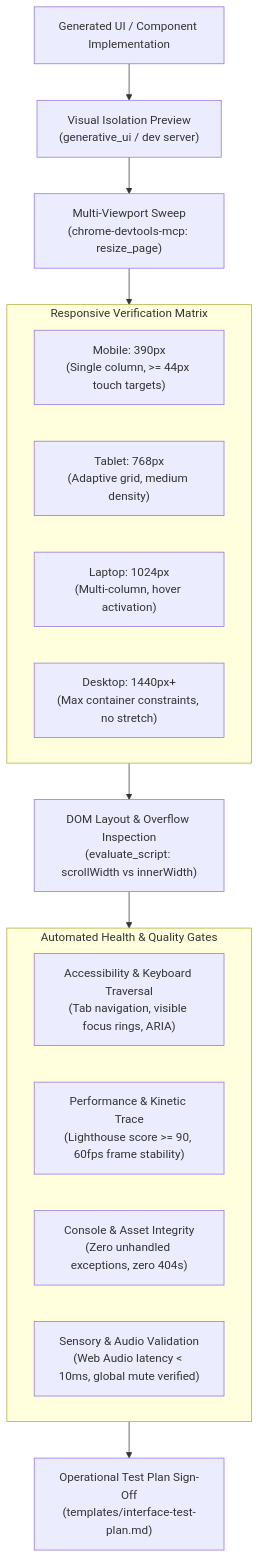
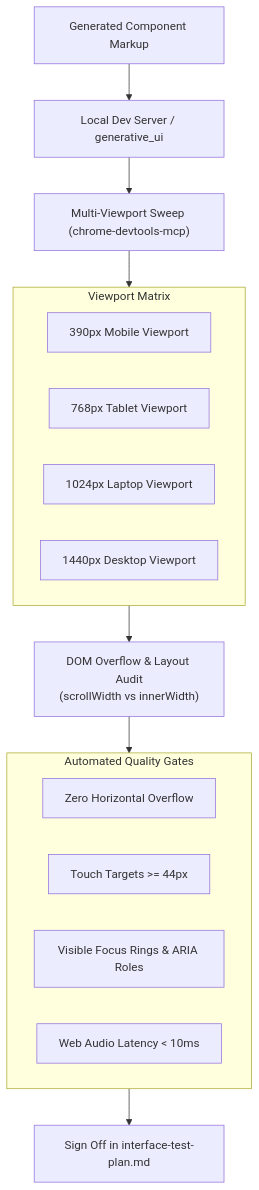
One commit to Erebuzzz/pixasso changed the fifth of 5 diagrams in README.md. Above: the diagram before and after it, drawn with Mermaid. The commit also changed other lines of this file and 97 other files, not shown here.

Commit message:
feat: complete end-to-end frontend orchestrator, mcp server, showcase site, and multi-platform installer

````diff
--- a/README.md
+++ b/README.md
@@ -278,25 +374,25 @@
 ```mermaid
 flowchart TD
-    Build["Generated UI / Component Implementation"] --> Preview["Visual Isolation Preview<br/>(generative_ui / dev server)"]
-    Preview --> ViewportSuite["Multi-Viewport Sweep<br/>(chrome-devtools-mcp: resize_page)"]
+    Code["Generated Component Markup"] --> DevServer["Local Dev Server / generative_ui"]
+    DevServer --> Resizer["Multi-Viewport Sweep (chrome-devtools-mcp)"]
 
-    subgraph Viewports ["Responsive Verification Matrix"]
-        Mobile["Mobile: 390px<br/>(Single column, >= 44px touch targets)"]
-        Tablet["Tablet: 768px<br/>(Adaptive grid, medium density)"]
-        Laptop["Laptop: 1024px<br/>(Multi-column, hover activation)"]
-        Desktop["Desktop: 1440px+<br/>(Max container constraints, no stretch)"]
+    subgraph Matrix ["Viewport Matrix"]
+        V1["390px Mobile Viewport"]
+        V2["768px Tablet Viewport"]
+        V3["1024px Laptop Viewport"]
+        V4["1440px Desktop Viewport"]
     end
 
-    ViewportSuite --> Viewports
-    Viewports --> DOMAudit["DOM Layout & Overflow Inspection<br/>(evaluate_script: scrollWidth vs innerWidth)"]
+    Resizer --> Matrix
+    Matrix --> DOMCheck["DOM Overflow & Layout Audit<br/>(scrollWidth vs innerWidth)"]
 
-    subgraph HealthGates ["Automated Health & Quality Gates"]
-        A11y["Accessibility & Keyboard Traversal<br/>(Tab navigation, visible focus rings, ARIA)"]
-        Perf["Performance & Kinetic Trace<br/>(Lighthouse score >= 90, 60fps frame stability)"]
-        Console["Console & Asset Integrity<br/>(Zero unhandled exceptions, zero 404s)"]
-        Sensory["Sensory & Audio Validation<br/>(Web Audio latency < 10ms, global mute verified)"]
+    subgraph Gates ["Automated Quality Gates"]
+        G1["Zero Horizontal Overflow"]
+        G2["Touch Targets >= 44px"]
+        G3["Visible Focus Rings & ARIA Roles"]
+        G4["Web Audio Latency < 10ms"]
     end
 
-    DOMAudit --> HealthGates
-    HealthGates --> Report["Operational Test Plan Sign-Off<br/>(templates/interface-test-plan.md)"]
+    DOMCheck --> Gates
+    Gates --> SignOff["Sign Off in interface-test-plan.md"]
 ```
````
